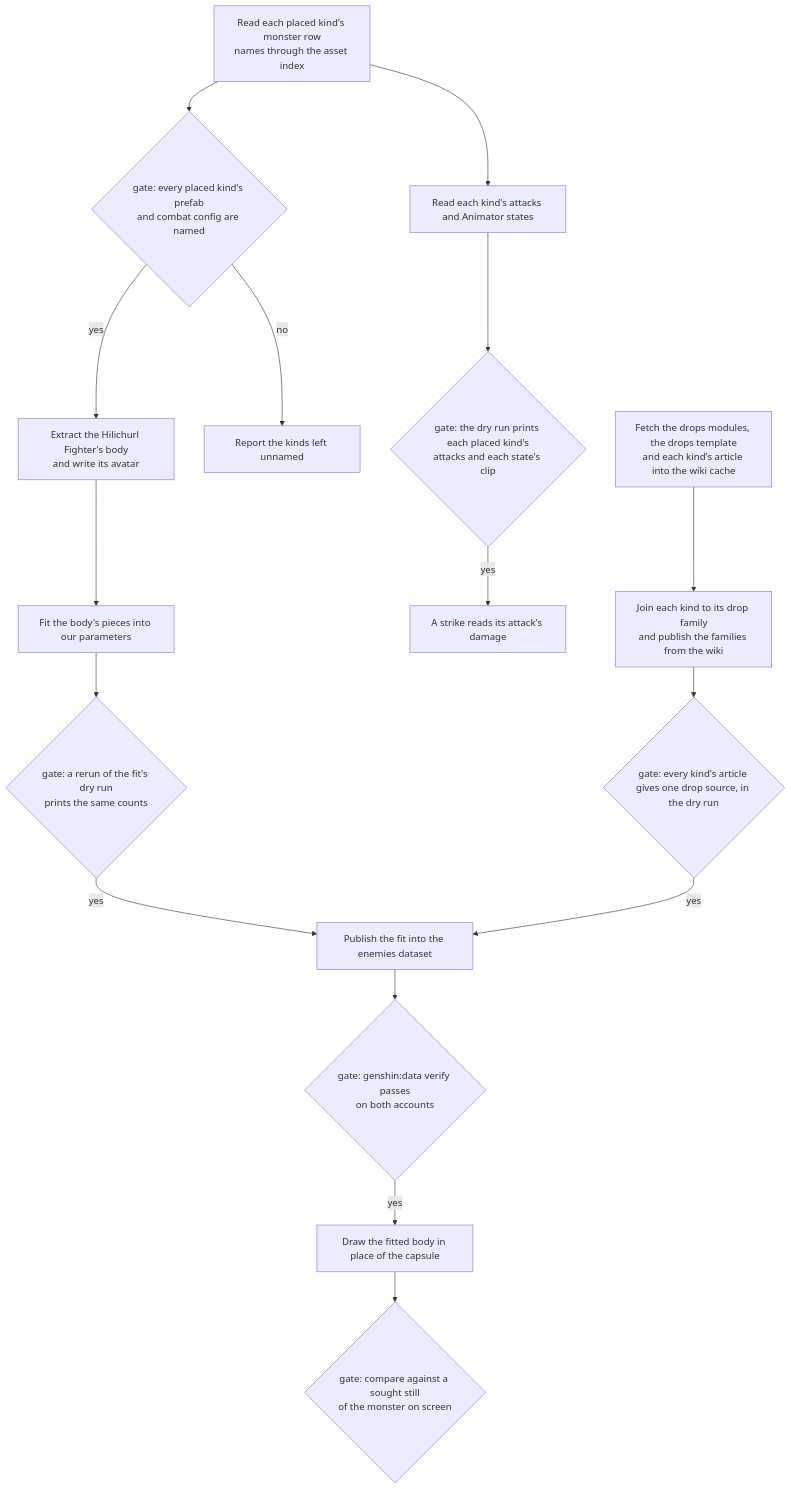
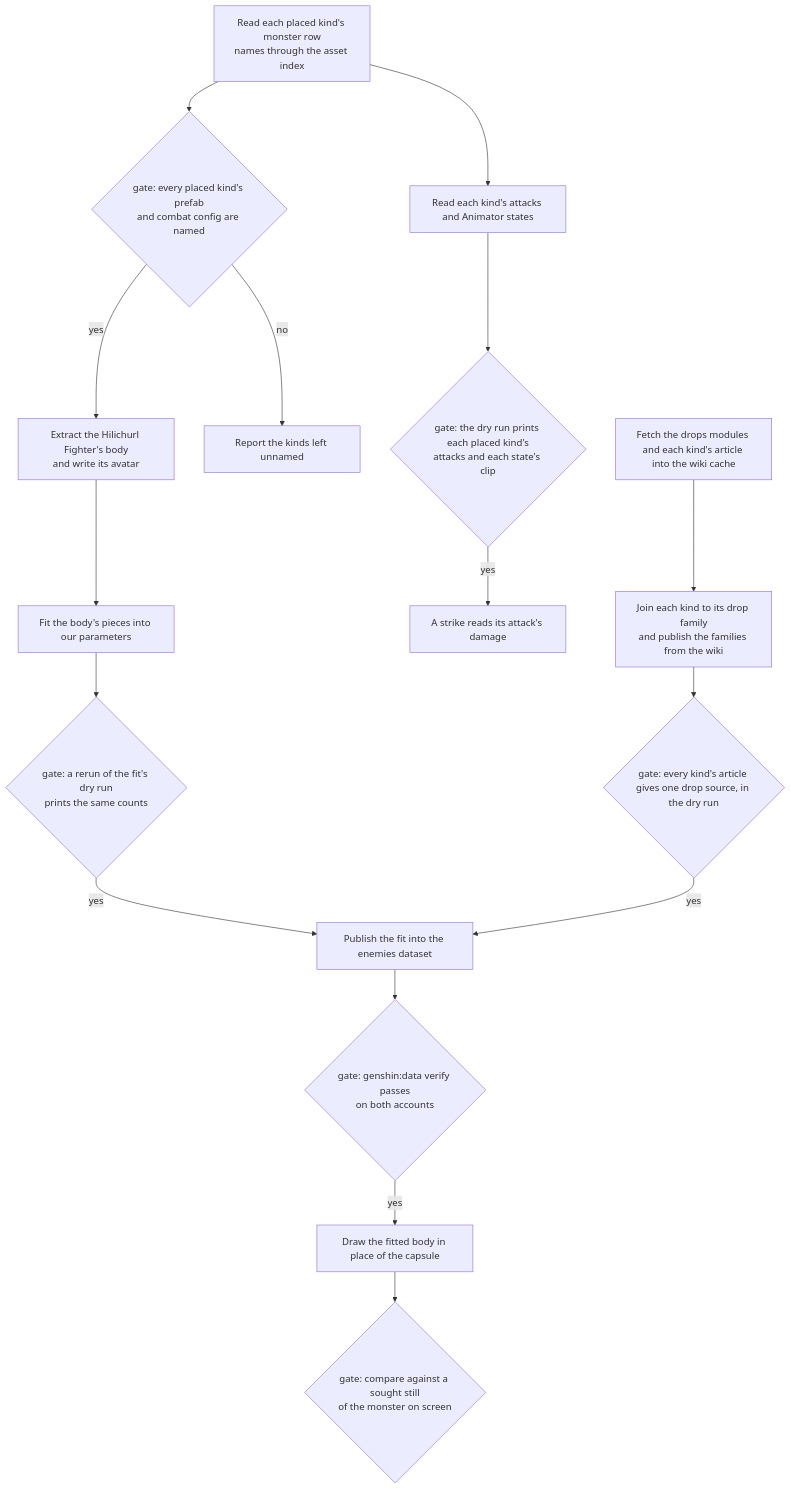
Before and after one commit to Esposter/Esposter: the diagram in openspec/changes/genshin-assets-enemies/design.md, drawn with Mermaid. The commit also changed other lines of this file and 1 other file, not shown here.

Commit message:
docs(genshin-enemies): the drop-source rule is stated once, in the enemies design, and the field it cites is named in prose
The change's design repeated the spec's rule that the world's read refuses a family kind in no family, so it now points at the spec for it. The spec's kill-drop field was cited as a code span, which no source file holds, so it is written in prose. The change's diagram label named the drops modules, the template and each article on one line too long for a box, and now names them in one line.

Claude-Session: https://claude.ai/code/session_0145sUFj8t668TjUtSXRqZH3

````diff
--- a/openspec/changes/genshin-assets-enemies/design.md
+++ b/openspec/changes/genshin-assets-enemies/design.md
@@ -9,18 +9,18 @@
 ```mermaid
 flowchart TD
   ROWS["Read each placed kind's monster row<br/>names through the asset index"] --> NAMED{"gate: every placed kind's prefab<br/>and combat config are named"}
   NAMED -->|"yes"| BODY["Extract the Hilichurl Fighter's body<br/>and write its avatar"]
   NAMED -->|"no"| REPORT["Report the kinds left unnamed"]
   BODY --> FIT["Fit the body's pieces into our parameters"]
   FIT --> FITGATE{"gate: a rerun of the fit's dry run<br/>prints the same counts"}
   FITGATE -->|"yes"| PUB["Publish the fit into the enemies dataset"]
   PUB --> VERIFY{"gate: genshin:data verify passes<br/>on both accounts"}
   VERIFY -->|"yes"| DRAW["Draw the fitted body in place of the capsule"]
   DRAW --> CHECK{"gate: compare against a sought still<br/>of the monster on screen"}
   ROWS --> ATT["Read each kind's attacks and Animator states"]
   ATT --> ATTGATE{"gate: the dry run prints each placed kind's<br/>attacks and each state's clip"}
   ATTGATE -->|"yes"| STRIKE["A strike reads its attack's damage"]
-  WIKI["Fetch the drops modules, the drops template<br/>and each kind's article into the wiki cache"] --> DROPS["Join each kind to its drop family<br/>and publish the families from the wiki"]
+  WIKI["Fetch the drops modules and each kind's article into the wiki cache"] --> DROPS["Join each kind to its drop family<br/>and publish the families from the wiki"]
   DROPS --> DROPGATE{"gate: every kind's article gives one drop source, in the dry run"}
   DROPGATE -->|"yes"| PUB
 ```
````
